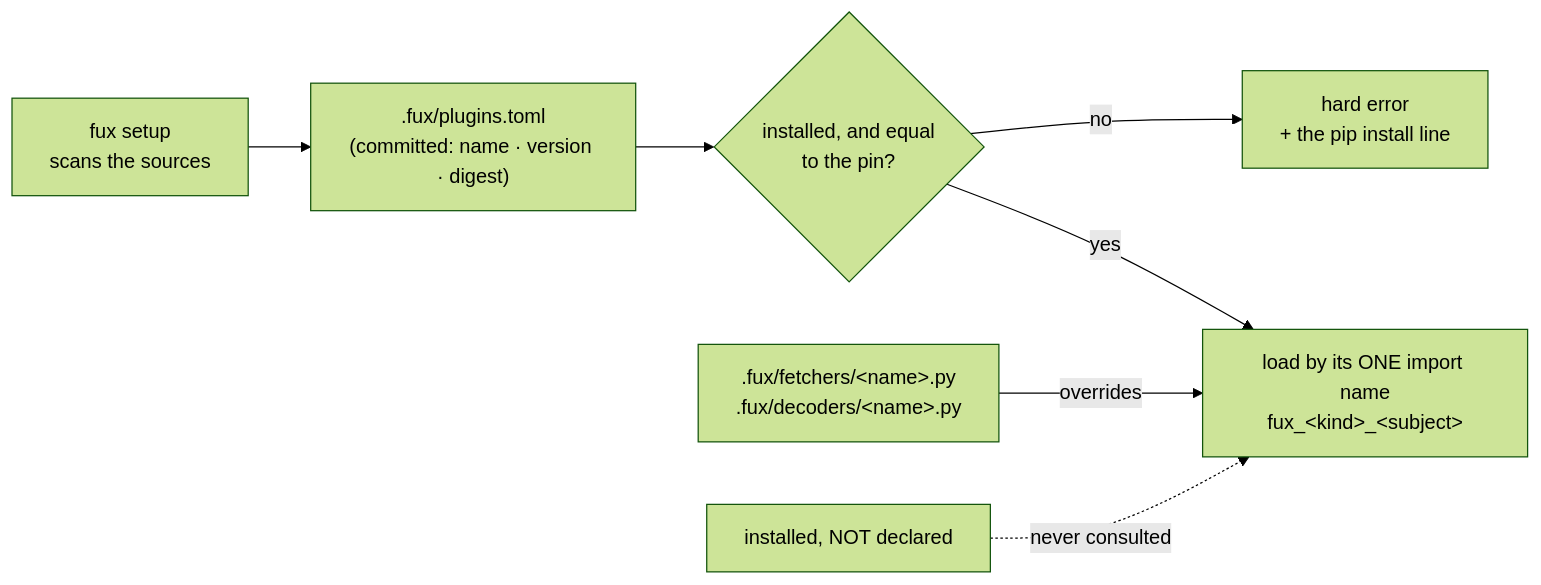
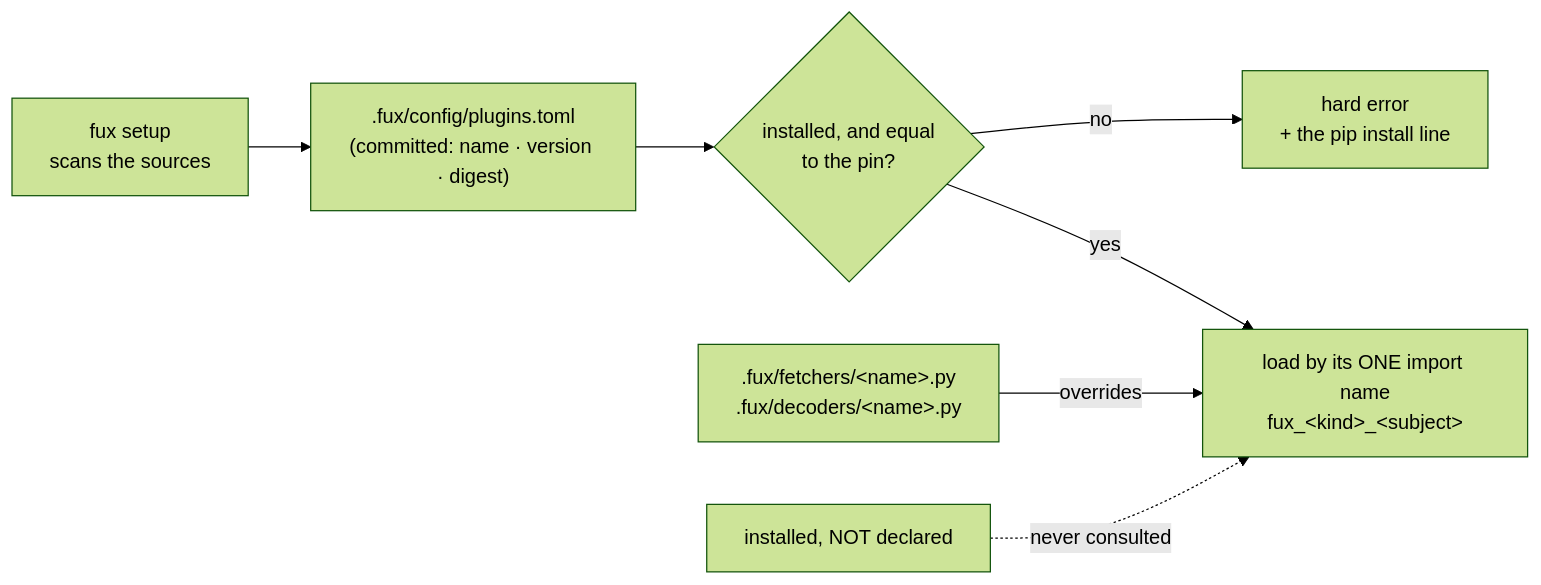
The diagram in records/0165_plugins.md (arpitarya/fux), drawn with Mermaid (forest theme) before and after one commit. The commit also changed other lines of this file and 442 other files, not shown here.

First line of the commit message:
feat(w295): the eight policy TOMLs move to .fux/config/

````diff
--- a/records/0165_plugins.md
+++ b/records/0165_plugins.md
@@ -50,9 +50,9 @@
 ```mermaid
 flowchart LR
-    S["fux setup<br/>scans the sources"] --> T[".fux/plugins.toml<br/>(committed: name · version · digest)"]
+    S["fux setup<br/>scans the sources"] --> T[".fux/config/plugins.toml<br/>(committed: name · version · digest)"]
     T --> V{"installed, and equal<br/>to the pin?"}
     V -->|no| E["hard error<br/>+ the pip install line"]
     V -->|yes| L["load by its ONE import name<br/>fux_&lt;kind&gt;_&lt;subject&gt;"]
     O[".fux/fetchers/&lt;name&gt;.py<br/>.fux/decoders/&lt;name&gt;.py"] -->|overrides| L
     U["installed, NOT declared"] -.->|never consulted| L
 ```
````
